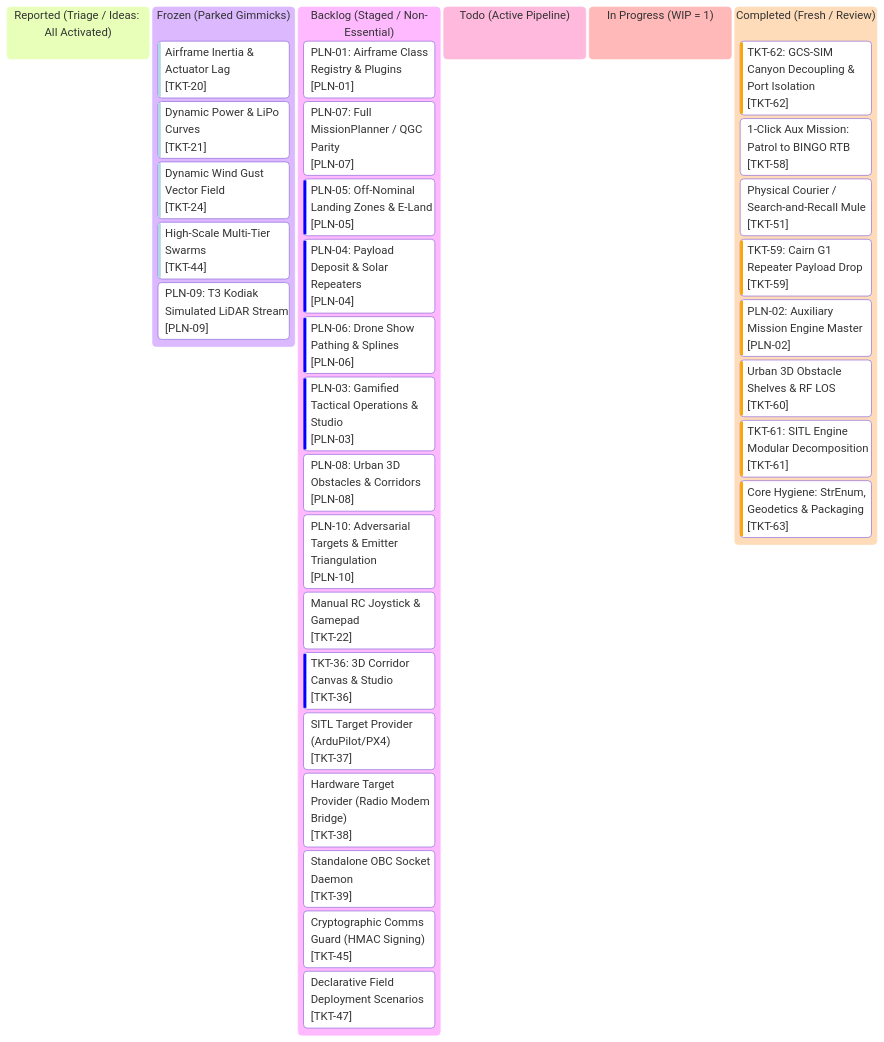
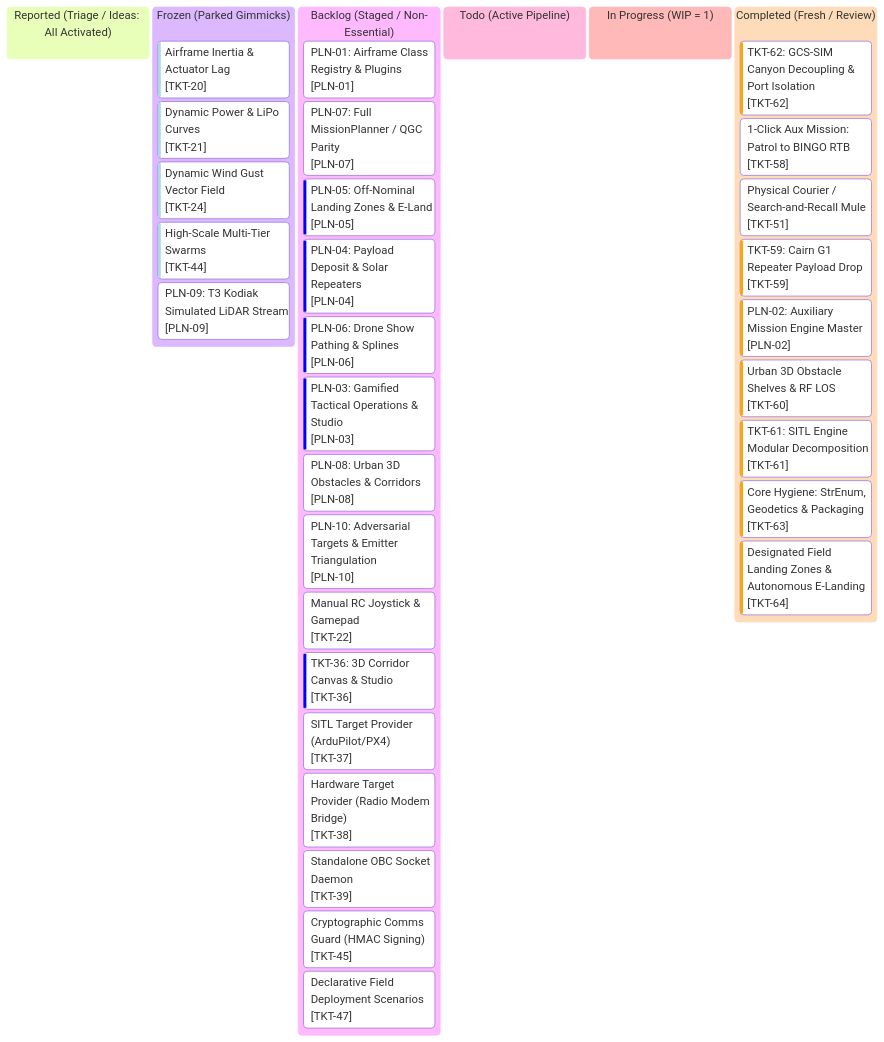
One commit to AlitheiaDeus/AlitheiaHive changed the diagram in roadmap/kanban.md. Above: the diagram before and after it, drawn with Mermaid. The commit also changed other lines of this file and 36 other files, not shown here.

First line of the commit message:
feat(atc): designated field landing zones and autonomous e-landing (TKT-64)

````diff
--- a/roadmap/kanban.md
+++ b/roadmap/kanban.md
@@ -10,57 +10,58 @@
 ```mermaid
 %%{init: {
   'theme': 'base',
   'themeVariables': {
     'primaryColor': '#0d2235',
     'primaryTextColor': '#d4f4ff',
     'primaryBorderColor': '#00f0ff',
     'lineColor': '#00f0ff',
     'background': '#061019',
     'mainBkg': '#0a1926',
     'secondaryColor': '#081420',
     'secondaryTextColor': '#5a7e96',
     'secondaryBorderColor': '#134e6f',
     'tertiaryColor': '#0e263d',
     'tertiaryTextColor': '#00ffaa',
     'tertiaryBorderColor': '#00ffaa',
     'clusterBkg': '#081420',
     'clusterBorder': '#134e6f',
     'fontFamily': "'JetBrains Mono', 'Courier New', monospace"
   }
 }}%%
 kanban
   reported["Reported (Triage / Ideas: All Activated)"]
   frozen["Frozen (Parked Gimmicks)"]
     tkt20["Airframe Inertia & Actuator Lag"]@{ ticket: '[TKT-20]', priority: 'Very Low' }
     tkt21["Dynamic Power & LiPo Curves"]@{ ticket: '[TKT-21]', priority: 'Very Low' }
     tkt24["Dynamic Wind Gust Vector Field"]@{ ticket: '[TKT-24]', priority: 'Very Low' }
     tkt44["High-Scale Multi-Tier Swarms"]@{ ticket: '[TKT-44]', priority: 'Very Low' }
     pln09["PLN-09: T3 Kodiak Simulated LiDAR Stream"]@{ ticket: '[PLN-09]', priority: 'Medium' }
   backlog["Backlog (Staged / Non-Essential)"]
     pln01["PLN-01: Airframe Class Registry & Plugins"]@{ ticket: '[PLN-01]', priority: 'Medium' }
     pln07["PLN-07: Full MissionPlanner / QGC Parity"]@{ ticket: '[PLN-07]', priority: 'Medium' }
     pln05["PLN-05: Off-Nominal Landing Zones & E-Land"]@{ ticket: '[PLN-05]', priority: 'Low' }
     pln04["PLN-04: Payload Deposit & Solar Repeaters"]@{ ticket: '[PLN-04]', priority: 'Low' }
     pln06["PLN-06: Drone Show Pathing & Splines"]@{ ticket: '[PLN-06]', priority: 'Low' }
     pln03["PLN-03: Gamified Tactical Operations & Studio"]@{ ticket: '[PLN-03]', priority: 'Low' }
     pln08["PLN-08: Urban 3D Obstacles & Corridors"]@{ ticket: '[PLN-08]', priority: 'Medium' }
     pln10["PLN-10: Adversarial Targets & Emitter Triangulation"]@{ ticket: '[PLN-10]', priority: 'Medium' }
     tkt22["Manual RC Joystick & Gamepad"]@{ ticket: '[TKT-22]', priority: 'Medium' }
     tkt36["TKT-36: 3D Corridor Canvas & Studio"]@{ ticket: '[TKT-36]', priority: 'Low' }
     tkt37["SITL Target Provider (ArduPilot/PX4)"]@{ ticket: '[TKT-37]', priority: 'Medium' }
     tkt38["Hardware Target Provider (Radio Modem Bridge)"]@{ ticket: '[TKT-38]', priority: 'Medium' }
     tkt39["Standalone OBC Socket Daemon"]@{ ticket: '[TKT-39]', priority: 'Medium' }
     tkt45["Cryptographic Comms Guard (HMAC Signing)"]@{ ticket: '[TKT-45]', priority: 'Medium' }
     tkt47["Declarative Field Deployment Scenarios"]@{ ticket: '[TKT-47]', priority: 'Medium' }
   todo["Todo (Active Pipeline)"]
   in_progress["In Progress (WIP = 1)"]
   completed["Completed (Fresh / Review)"]
     tkt62["TKT-62: GCS-SIM Canyon Decoupling & Port Isolation"]@{ ticket: '[TKT-62]', priority: 'High' }
     tkt58["1-Click Aux Mission: Patrol to BINGO RTB"]@{ ticket: '[TKT-58]', priority: 'Medium' }
     tkt51["Physical Courier / Search-and-Recall Mule"]@{ ticket: '[TKT-51]', priority: 'Medium' }
     tkt59["TKT-59: Cairn G1 Repeater Payload Drop"]@{ ticket: '[TKT-59]', priority: 'High' }
     pln02["PLN-02: Auxiliary Mission Engine Master"]@{ ticket: '[PLN-02]', priority: 'High' }
     tkt60["Urban 3D Obstacle Shelves & RF LOS"]@{ ticket: '[TKT-60]', priority: 'High' }
     tkt61["TKT-61: SITL Engine Modular Decomposition"]@{ ticket: '[TKT-61]', priority: 'High' }
     tkt63["Core Hygiene: StrEnum, Geodetics & Packaging"]@{ ticket: '[TKT-63]', priority: 'High' }
+    tkt64["Designated Field Landing Zones & Autonomous E-Landing"]@{ ticket: '[TKT-64]', priority: 'High' }
 ```
````
